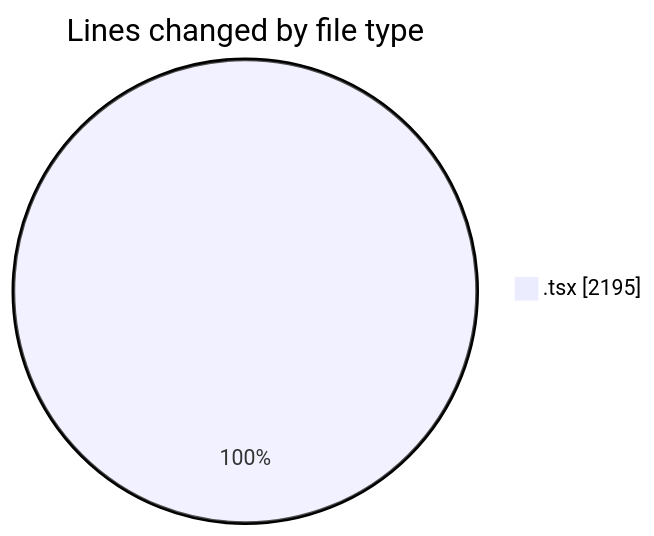
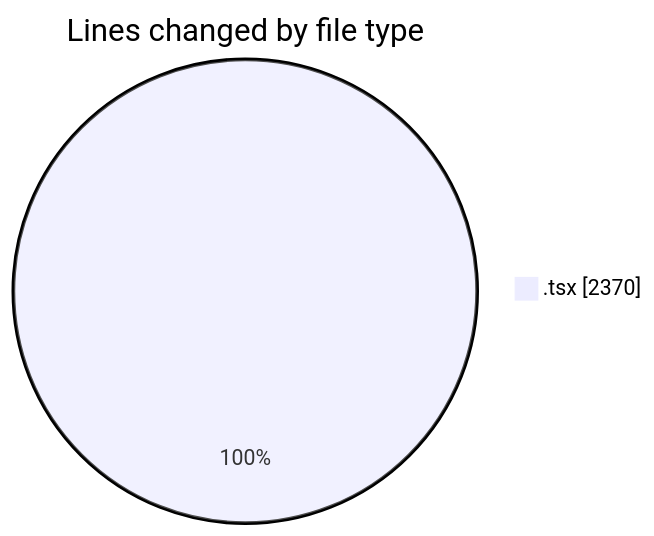
The first of 2 diagrams in 2026-06-24/nxtqube_webapp/README.md (nxtqubesakshisongat/code-tracking), drawn with Mermaid before and after one commit. The commit also changed other lines of this file and 1 other file, not shown here.

````diff
--- a/2026-06-24/nxtqube_webapp/README.md
+++ b/2026-06-24/nxtqube_webapp/README.md
@@ -21,5 +22,5 @@
 ```mermaid
 pie showData
 title Lines changed by file type
-".tsx" : 2195
+".tsx" : 2370
 ```
````
